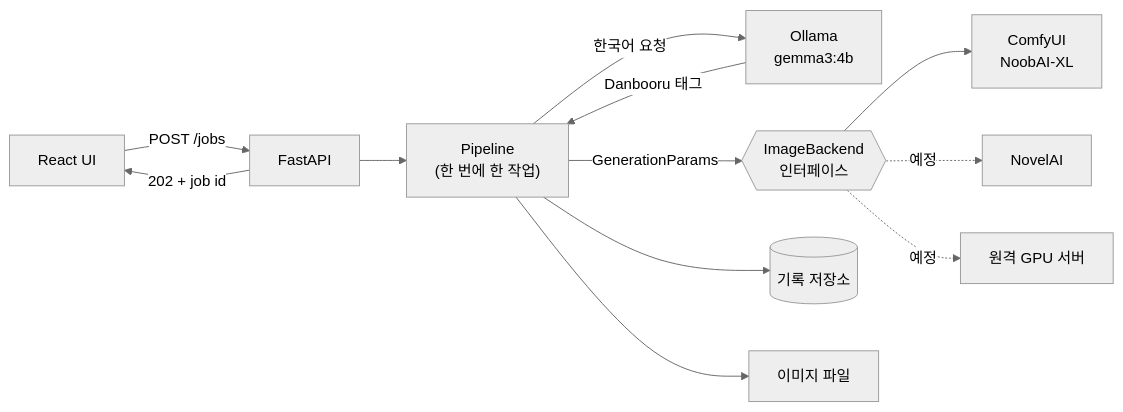
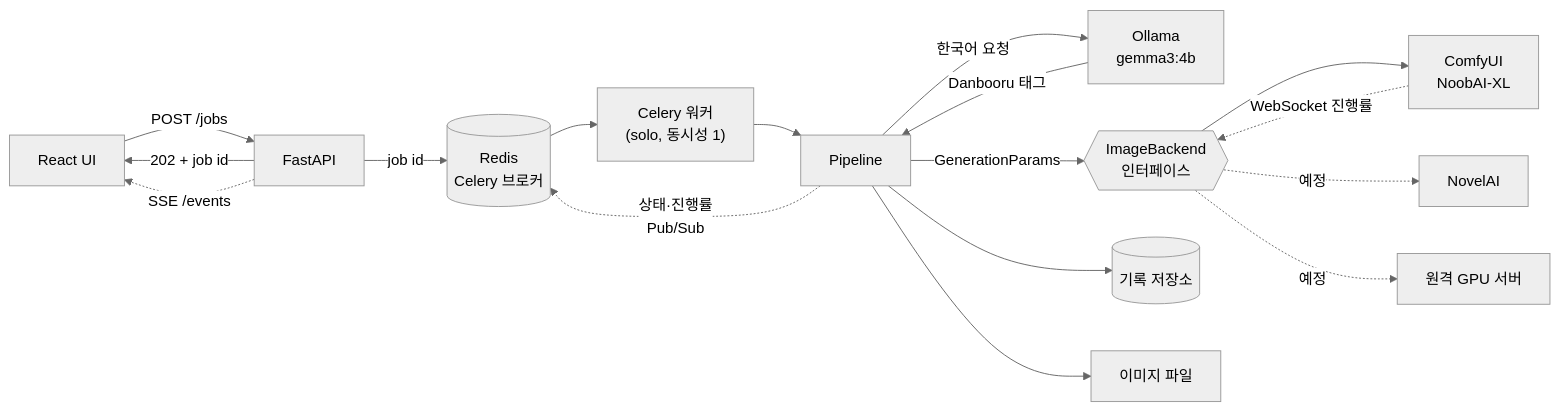
One commit to Sleep404NF/dorothy-archive changed the diagram in README.md. Above: the diagram before and after it, drawn with Mermaid (neutral theme). The commit also changed other lines of this file, not shown here.

Commit message:
docs: 작업 큐 구조와 celery 모드 실행 방법 추가

````diff
--- a/README.md
+++ b/README.md
@@ -80,14 +81,19 @@
 ```mermaid
 flowchart LR
     UI["React UI"] -->|"POST /jobs"| API["FastAPI"]
     API -->|"202 + job id"| UI
-    API --> P["Pipeline<br/>(한 번에 한 작업)"]
+    API -->|"job id"| Q[("Redis<br/>Celery 브로커")]
+    Q --> W["Celery 워커<br/>(solo, 동시성 1)"]
+    W --> P["Pipeline"]
+    P -.->|"상태·진행률<br/>Pub/Sub"| Q
+    API -.->|"SSE /events"| UI
     P -->|"한국어 요청"| LLM["Ollama<br/>gemma3:4b"]
     LLM -->|"Danbooru 태그"| P
     P -->|"GenerationParams"| IB{{"ImageBackend<br/>인터페이스"}}
     IB --> CU["ComfyUI<br/>NoobAI-XL"]
+    CU -.->|"WebSocket 진행률"| IB
     IB -.->|"예정"| NAI["NovelAI"]
     IB -.->|"예정"| GPU["원격 GPU 서버"]
     P --> DB[("기록 저장소")]
     P --> IMG["이미지 파일"]
 ```
````
